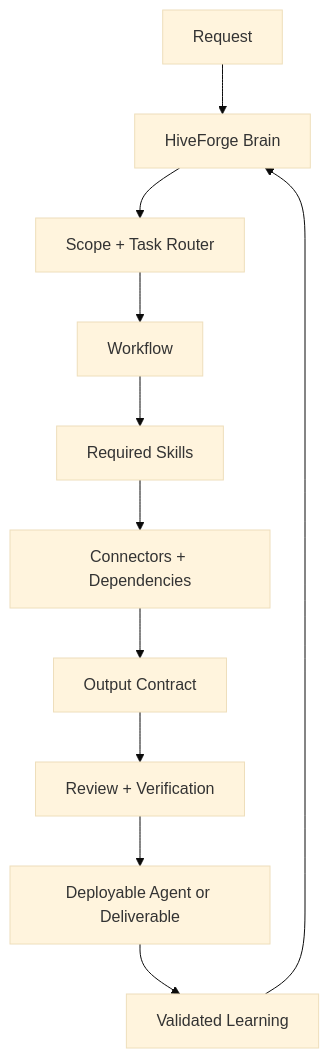
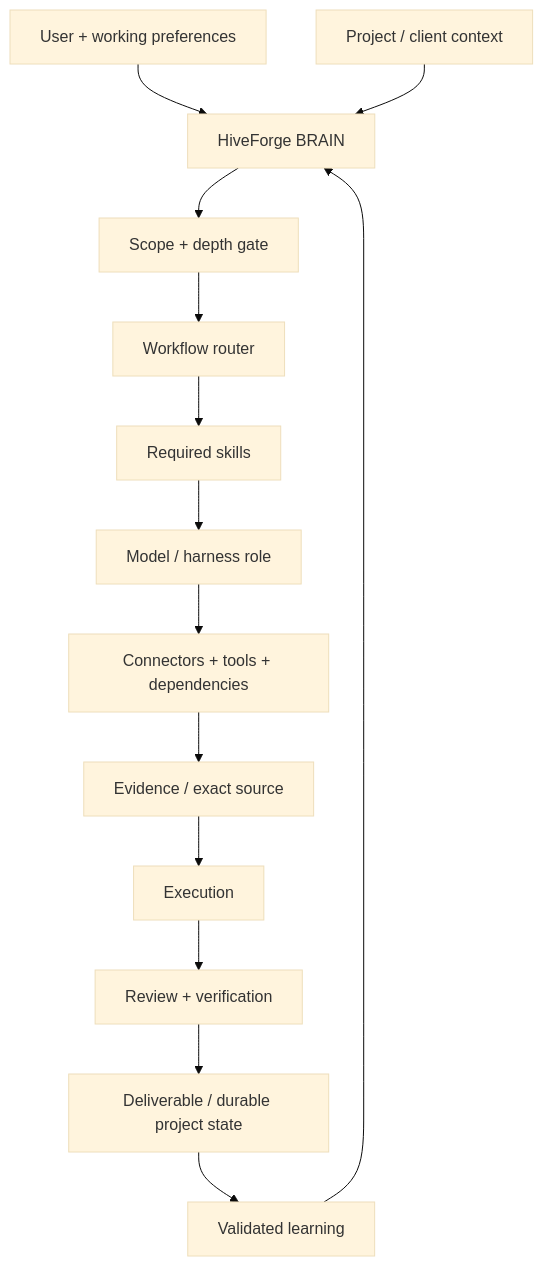
The second of 5 diagrams in README.md (Bigper4mer/UnparalleledSource), drawn with Mermaid (base theme) before and after one commit. The commit also changed other lines of this file, not shown here.

````diff
--- a/README.md
+++ b/README.md
@@ -67,13 +134,16 @@
 ```mermaid
 flowchart TD
-    R["Request"] --> B["HiveForge Brain"]
-    B --> S["Scope + Task Router"]
-    S --> W["Workflow"]
-    W --> K["Required Skills"]
-    K --> T["Connectors + Dependencies"]
-    T --> O["Output Contract"]
-    O --> V["Review + Verification"]
-    V --> D["Deployable Agent or Deliverable"]
-    D --> L["Validated Learning"]
+    U[User + working preferences] --> B[HiveForge BRAIN]
+    P[Project / client context] --> B
+    B --> S[Scope + depth gate]
+    S --> W[Workflow router]
+    W --> K[Required skills]
+    K --> M[Model / harness role]
+    M --> T[Connectors + tools + dependencies]
+    T --> E[Evidence / exact source]
+    E --> X[Execution]
+    X --> V[Review + verification]
+    V --> D[Deliverable / durable project state]
+    D --> L[Validated learning]
     L --> B
 ```
````
